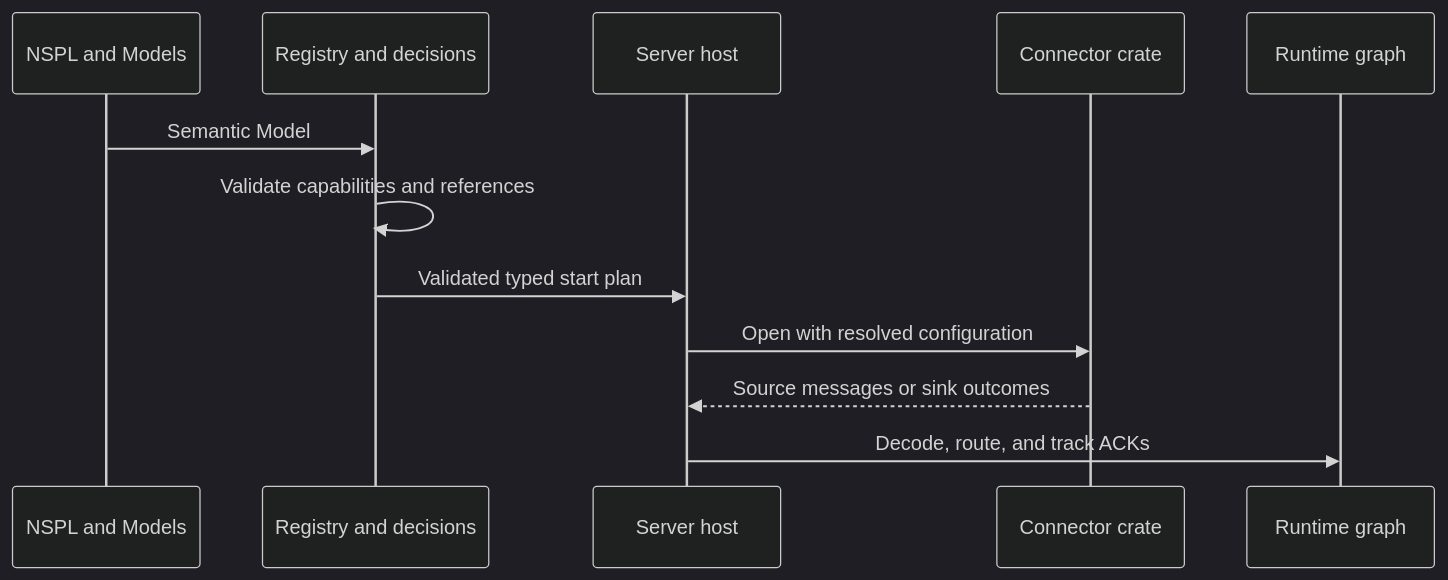
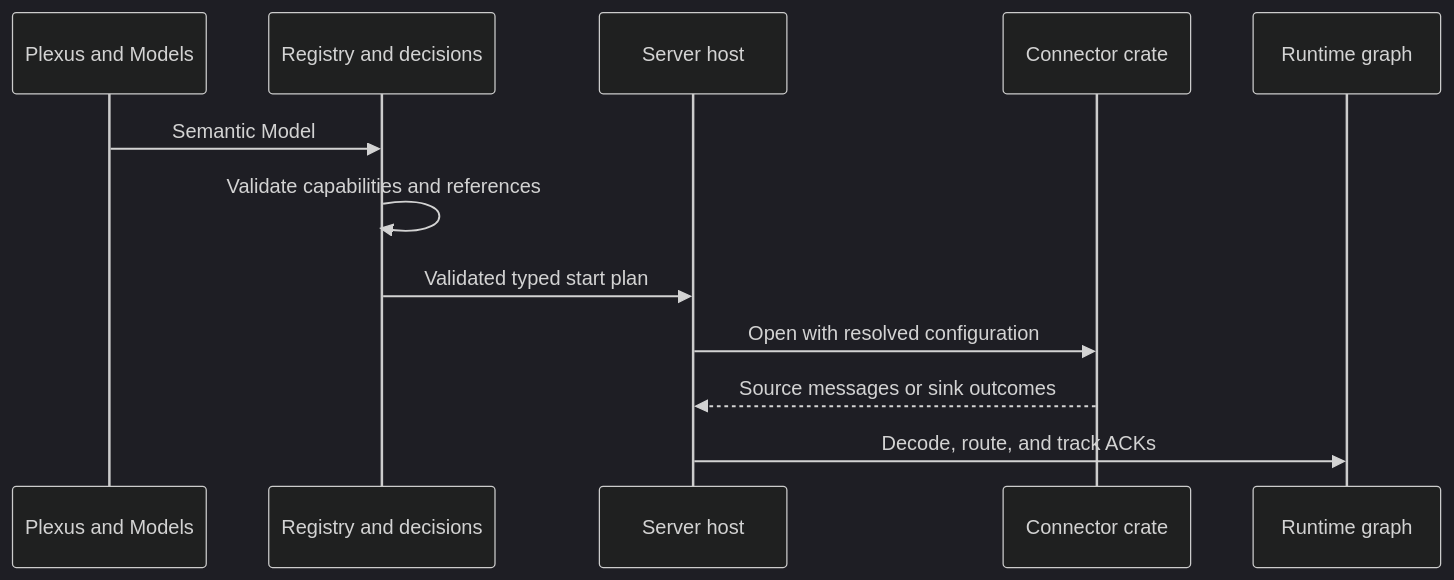
Before and after one commit to nervix-io/nervix: the first of 3 diagrams in docs/src/connector-contract.md, drawn with Mermaid (dark theme). The commit also changed other lines of this file and 889 other files, not shown here.

First line of the commit message:
refactor(plexus): rename the graph definition language

````diff
--- a/docs/src/connector-contract.md
+++ b/docs/src/connector-contract.md
@@ -327,14 +327,14 @@
 ```mermaid
 sequenceDiagram
-    participant NSPL as NSPL and Models
+    participant Plexus as Plexus and Models
     participant Registry as Registry and decisions
     participant Host as Server host
     participant Driver as Connector crate
     participant Graph as Runtime graph
-    NSPL->>Registry: Semantic Model
+    Plexus->>Registry: Semantic Model
     Registry->>Registry: Validate capabilities and references
     Registry->>Host: Validated typed start plan
     Host->>Driver: Open with resolved configuration
     Driver-->>Host: Source messages or sink outcomes
     Host->>Graph: Decode, route, and track ACKs
 ```
````
